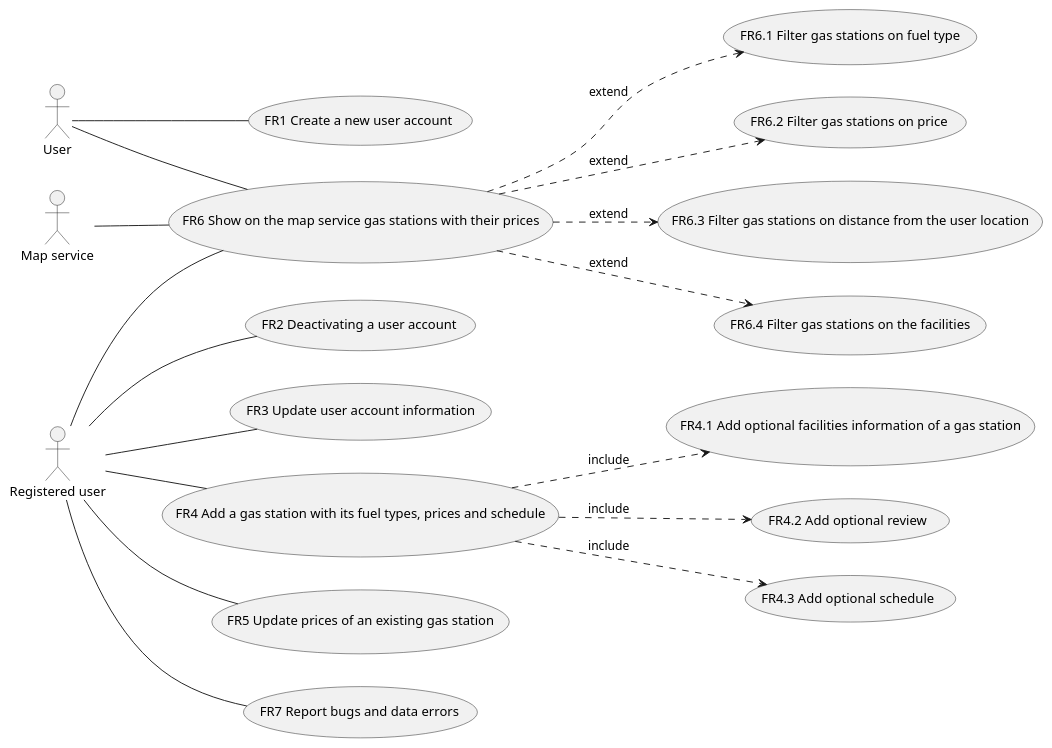
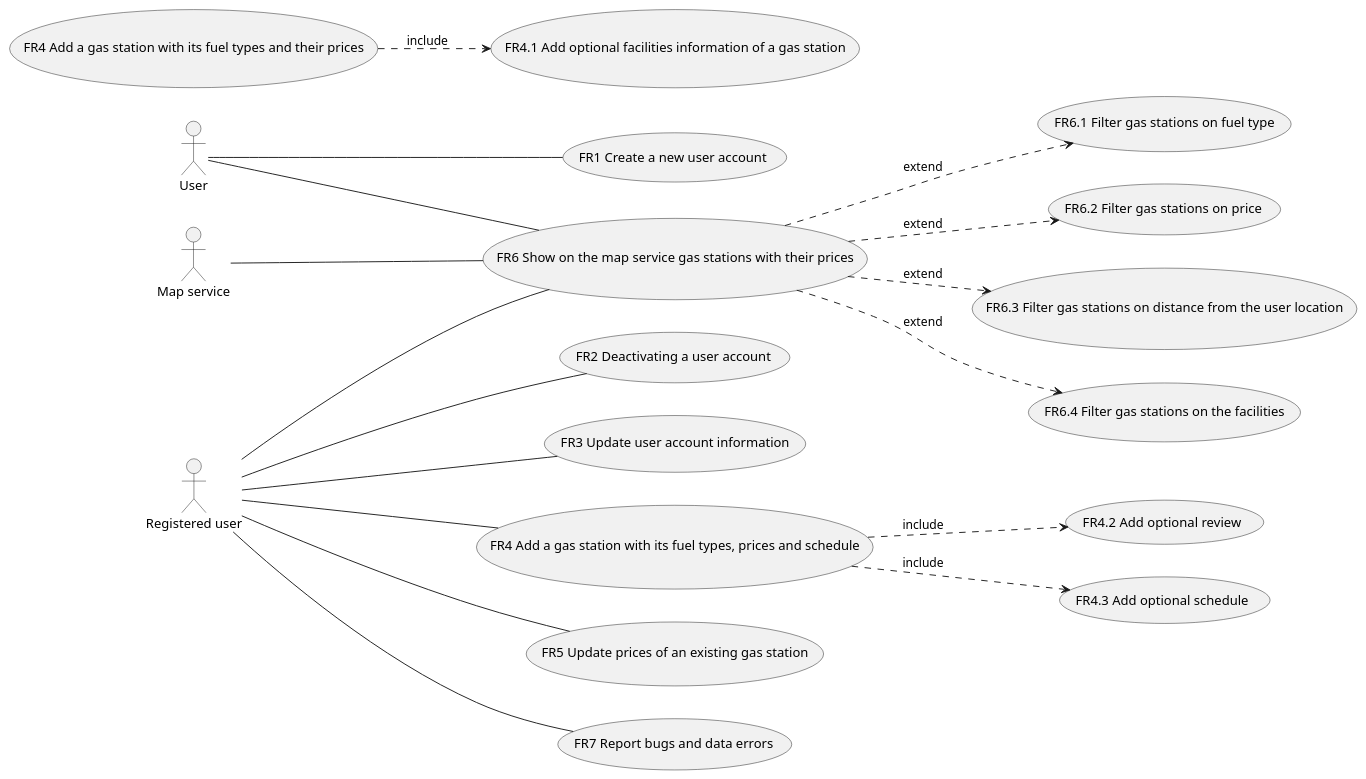
One commit to giovannitangredi/SEIProject changed the second of 5 diagrams in docs/RequirementsDocument.md. Above: the diagram before and after it, drawn with PlantUML. The commit also changed other lines of this file, not shown here.

````diff
--- a/docs/RequirementsDocument.md
+++ b/docs/RequirementsDocument.md
@@ -120,27 +120,27 @@
 ```plantuml
 @startuml
 
 left to right direction
 actor User as u
 actor "Registered user" as ru
 actor "Map service" as m
 
 u -- (FR1 Create a new user account)
 ru -- (FR2 Deactivating a user account)
 ru -- (FR3 Update user account information)
 ru -- (FR4 Add a gas station with its fuel types, prices and schedule)
-(FR4 Add a gas station with its fuel types, prices and schedule) ..> (FR4.1 Add optional facilities information of a gas station) : include
+(FR4 Add a gas station with its fuel types and their prices) ..> (FR4.1 Add optional facilities information of a gas station) : include
 (FR4 Add a gas station with its fuel types, prices and schedule) ..> (FR4.2 Add optional review) : include
 (FR4 Add a gas station with its fuel types, prices and schedule) ..> (FR4.3 Add optional schedule) : include
 ru -- (FR5 Update prices of an existing gas station)
 u -- (FR6 Show on the map service gas stations with their prices)
 ru -- (FR6 Show on the map service gas stations with their prices)
 m -- (FR6 Show on the map service gas stations with their prices)
 (FR6 Show on the map service gas stations with their prices) ..> (FR6.1 Filter gas stations on fuel type) : extend
 (FR6 Show on the map service gas stations with their prices) ..> (FR6.2 Filter gas stations on price) : extend
 (FR6 Show on the map service gas stations with their prices) ..> (FR6.3 Filter gas stations on distance from the user location) : extend
 (FR6 Show on the map service gas stations with their prices) ..> (FR6.4 Filter gas stations on the facilities) : extend
 ru -- (FR7 Report bugs and data errors)
 
 @enduml
 ```
````
